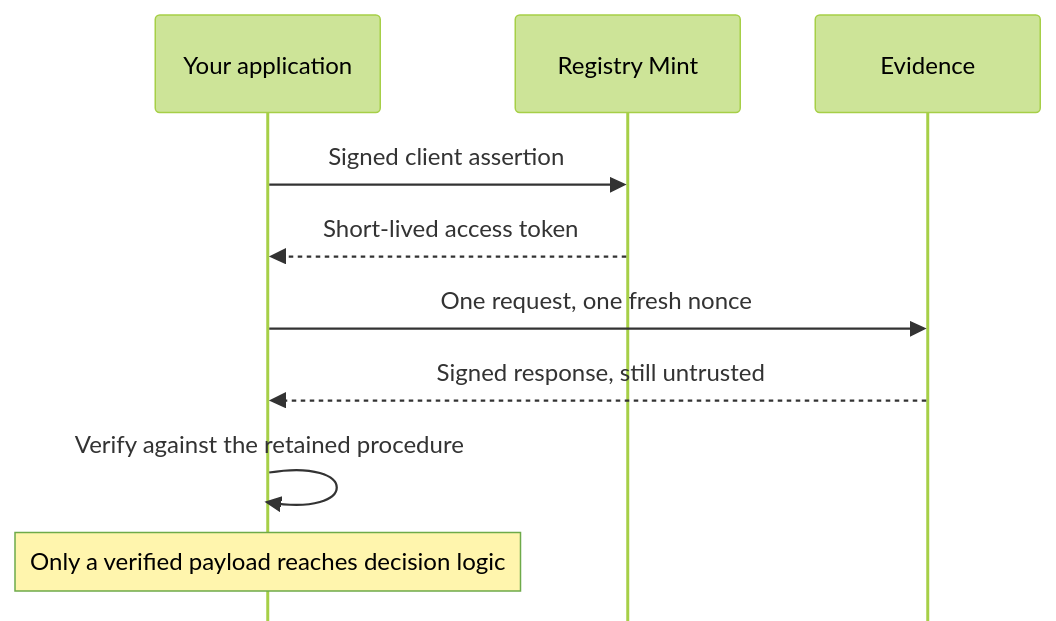
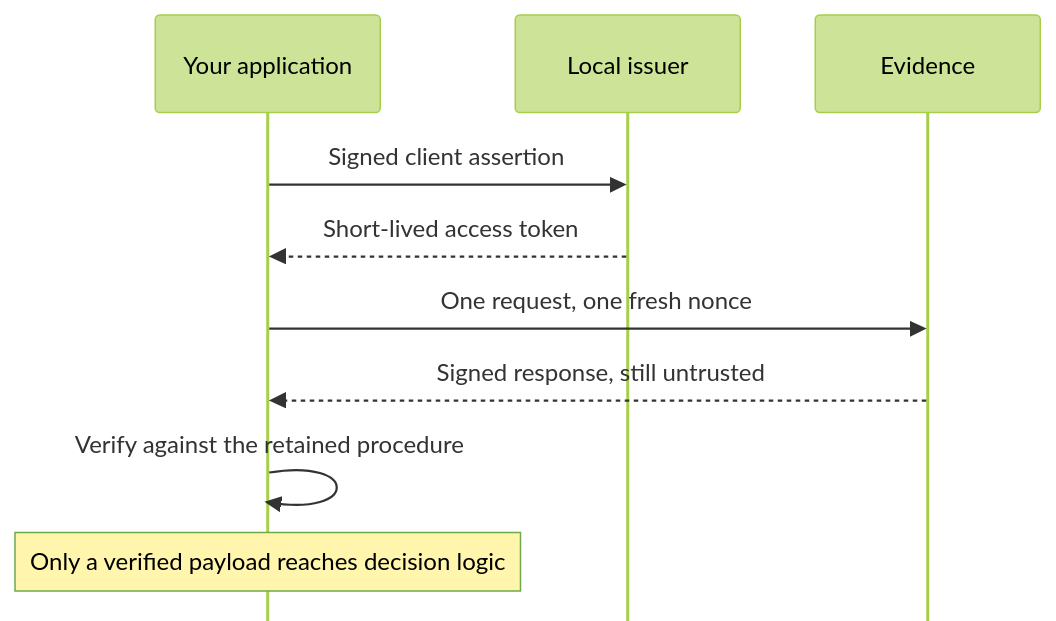
The diagram in docs/site/src/content/docs/tutorials/request-evidence-from-an-application.mdx (registrystack/registry-stack), drawn with Mermaid (forest theme) before and after one commit. The commit also changed other lines of this file and 15 other files, not shown here.

````diff
--- a/docs/site/src/content/docs/tutorials/request-evidence-from-an-application.mdx
+++ b/docs/site/src/content/docs/tutorials/request-evidence-from-an-application.mdx
@@ -42,14 +42,14 @@
 ```mermaid
 %%{init: {"sequence": {"mirrorActors": false}}}%%
 sequenceDiagram
     participant A as Your application
-    participant M as Registry Mint
+    participant M as Local issuer
     participant E as Evidence
 
     A->>M: Signed client assertion
     M-->>A: Short-lived access token
     A->>E: One request, one fresh nonce
     E-->>A: Signed response, still untrusted
     A->>A: Verify against the retained procedure
     Note over A: Only a verified payload reaches decision logic
 ```
````
